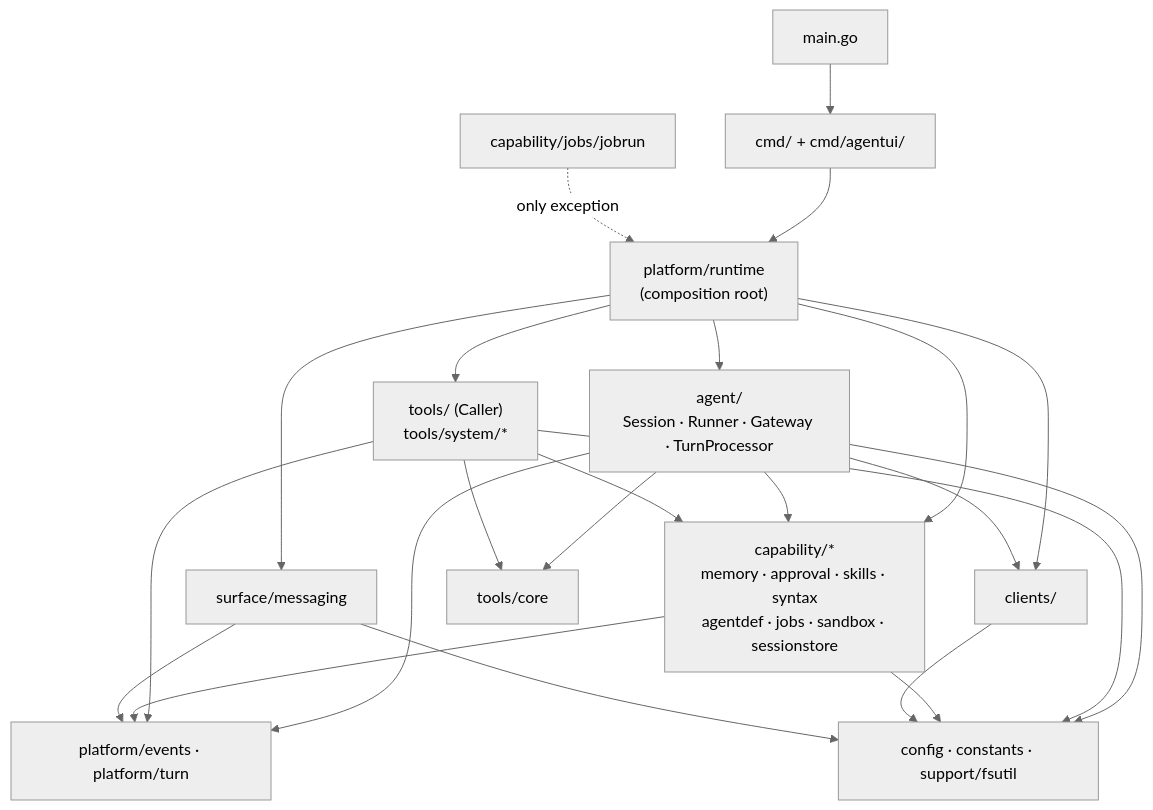
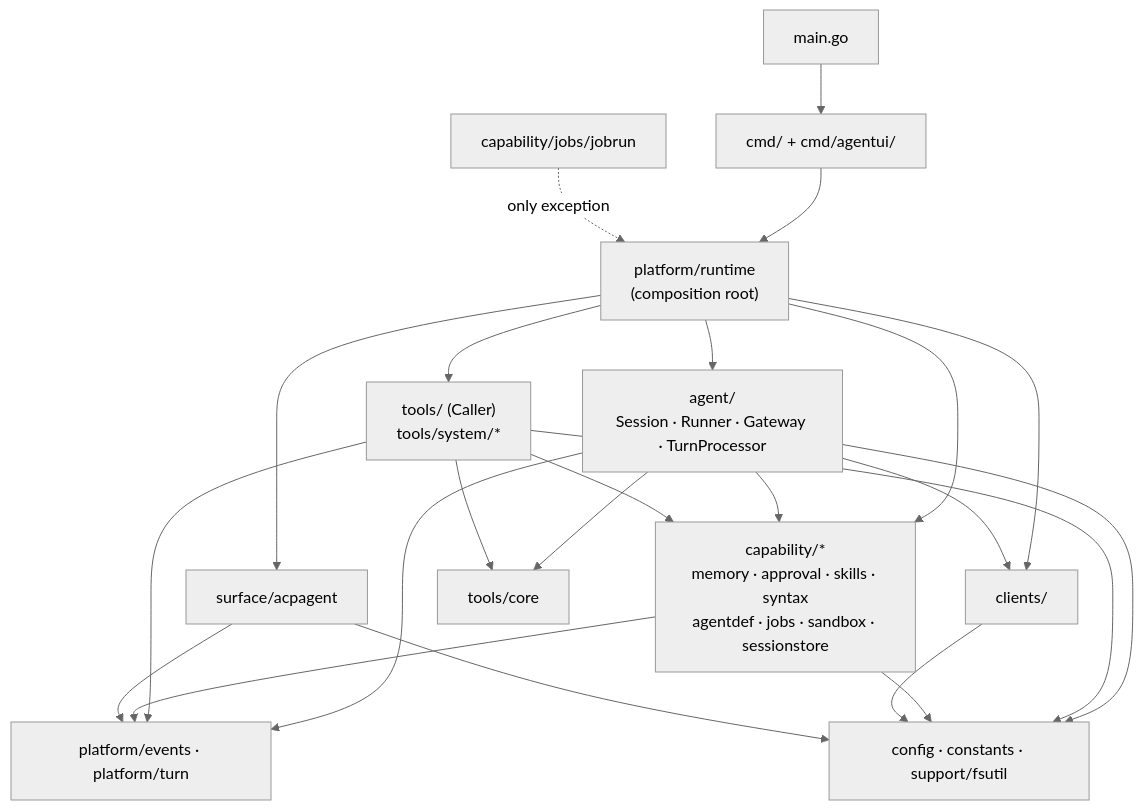
Before and after one commit to invokr-agent/invokr: the second of 10 diagrams in docs/onboarding/16-diagrams.md, drawn with Mermaid (neutral theme). The commit also changed other lines of this file and 55 other files, not shown here.

````diff
--- a/docs/onboarding/16-diagrams.md
+++ b/docs/onboarding/16-diagrams.md
@@ -59,22 +59,22 @@
 ```mermaid
 flowchart TD
     main["main.go"] --> cmd["cmd/ + cmd/agentui/"]
     cmd --> runtime["platform/runtime\n(composition root)"]
 
     runtime --> agent["agent/\nSession · Runner · Gateway · TurnProcessor"]
     runtime --> tools["tools/ (Caller)\ntools/system/*"]
     runtime --> caps["capability/*\nmemory · approval · skills · syntax\nagentdef · jobs · sandbox · sessionstore"]
     runtime --> clients["clients/"]
-    runtime --> msg["surface/messaging"]
+    runtime --> msg["surface/acpagent"]
 
     agent --> clients
     agent --> caps
     agent --> toolscore["tools/core"]
     tools --> caps
     tools --> toolscore
 
     agent & tools & caps & msg --> platform["platform/events · platform/turn"]
     agent & tools & caps & clients & msg --> leaves["config · constants · support/fsutil"]
 
     jobrun["capability/jobs/jobrun"] -.->|"only exception"| runtime
 ```
````
